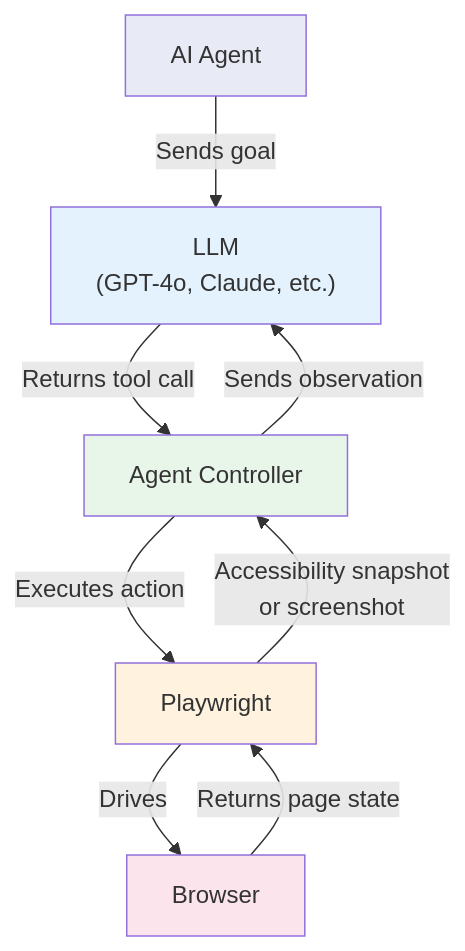
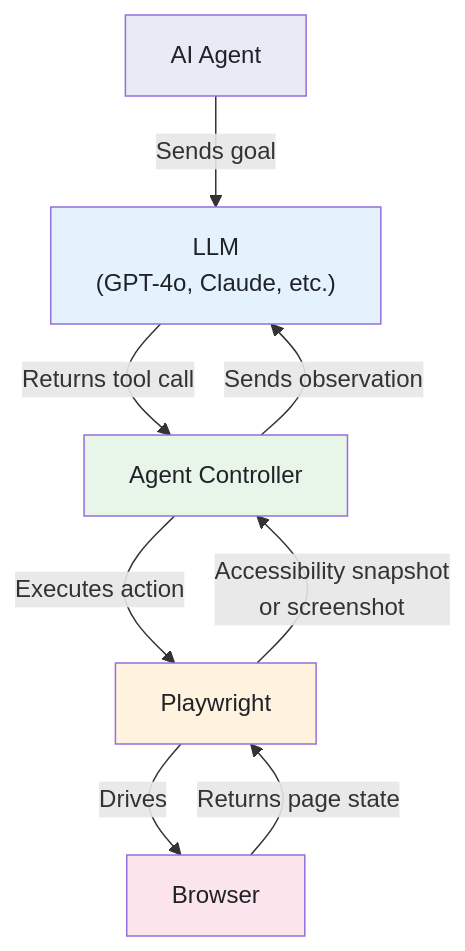
The first of 5 diagrams in _posts/2026-02-22-ai-browser-agents-playwright-for-ai-agent-automation.md (bytetunnels/bytetunnels.github.com), drawn with Mermaid before and after one commit. The commit also changed other lines of this file and 118 other files, not shown here.

Commit message:
feat: improve diagram styling and compact wide flowcharts

````diff
--- a/_posts/2026-02-22-ai-browser-agents-playwright-for-ai-agent-automation.md
+++ b/_posts/2026-02-22-ai-browser-agents-playwright-for-ai-agent-automation.md
@@ -33,16 +33,16 @@
 ```mermaid
 graph TD
     A["AI Agent"] -->|"Sends goal"| B["LLM<br>(GPT-4o, Claude, etc.)"]
     B -->|"Returns tool call"| C["Agent Controller"]
     C -->|"Executes action"| D["Playwright"]
     D -->|"Drives"| E["Browser"]
     E -->|"Returns page state"| D
     D -->|"Accessibility snapshot<br>or screenshot"| C
     C -->|"Sends observation"| B
 
-    style A fill:#e8eaf6
-    style B fill:#e3f2fd
-    style C fill:#e8f5e9
-    style D fill:#fff3e0
-    style E fill:#fce4ec
+    style A fill:#e8eaf6,color:#1f2328
+    style B fill:#e3f2fd,color:#1f2328
+    style C fill:#e8f5e9,color:#1f2328
+    style D fill:#fff3e0,color:#1f2328
+    style E fill:#fce4ec,color:#1f2328
 ```
````
